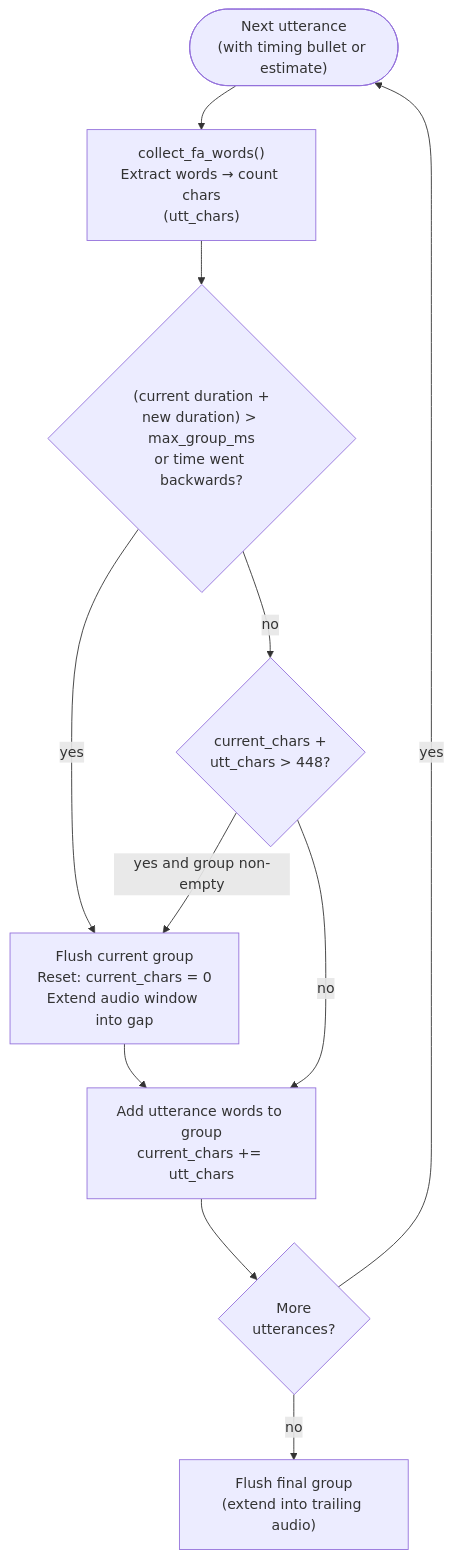
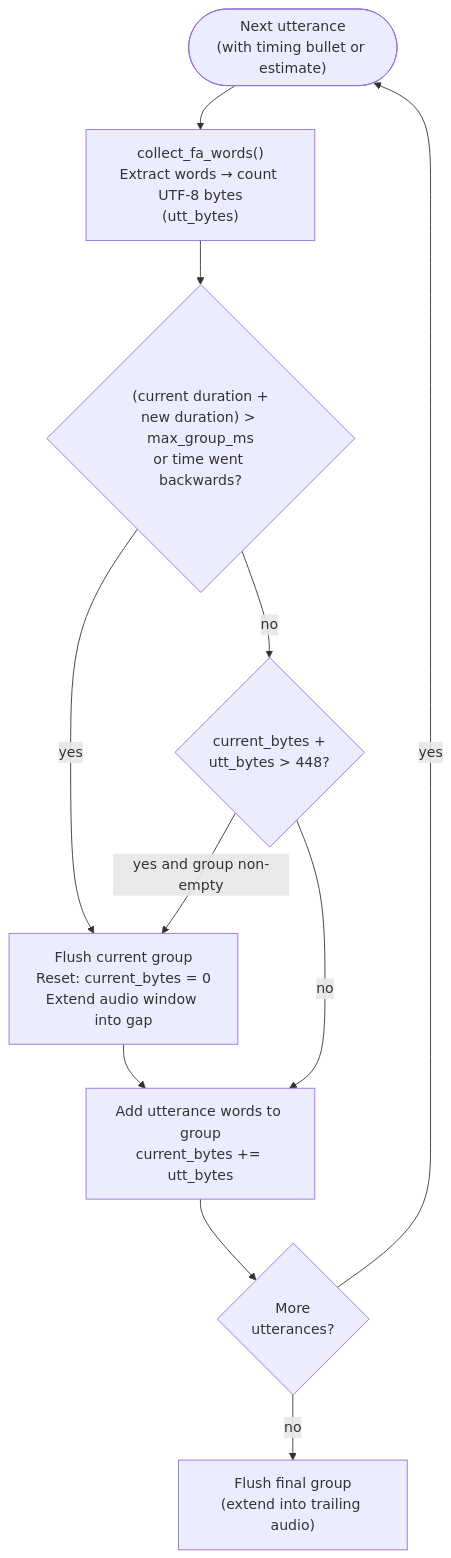
The sixth of 13 diagrams in book/src/batchalign/reference/forced-alignment.md (FranklinChen/talkbank-tools), drawn with Mermaid before and after one commit. The commit also changed other lines of this file and 167 other files, not shown here.

````diff
--- a/book/src/batchalign/reference/forced-alignment.md
+++ b/book/src/batchalign/reference/forced-alignment.md
@@ -468,21 +468,21 @@
 ```mermaid
 flowchart TD
     utt(["Next utterance\n(with timing bullet or estimate)"])
-    extract["collect_fa_words()\nExtract words → count chars\n(utt_chars)"]
+    extract["collect_fa_words()\nExtract words → count UTF-8 bytes\n(utt_bytes)"]
     over_time{"(current duration +\nnew duration) > max_group_ms\nor time went backwards?"}
-    over_chars{"current_chars +\nutt_chars > 448?"}
-    flush["Flush current group\nReset: current_chars = 0\nExtend audio window into gap"]
-    add["Add utterance words to group\ncurrent_chars += utt_chars"]
+    over_chars{"current_bytes +\nutt_bytes > 448?"}
+    flush["Flush current group\nReset: current_bytes = 0\nExtend audio window into gap"]
+    add["Add utterance words to group\ncurrent_bytes += utt_bytes"]
     more{"More\nutterances?"}
     final["Flush final group\n(extend into trailing audio)"]
 
     utt --> extract --> over_time
     over_time -->|"yes"| flush
     over_time -->|"no"| over_chars
     over_chars -->|"yes and group non-empty"| flush
     over_chars -->|"no"| add
     flush --> add
     add --> more
     more -->|"yes"| utt
     more -->|"no"| final
 ```
````
